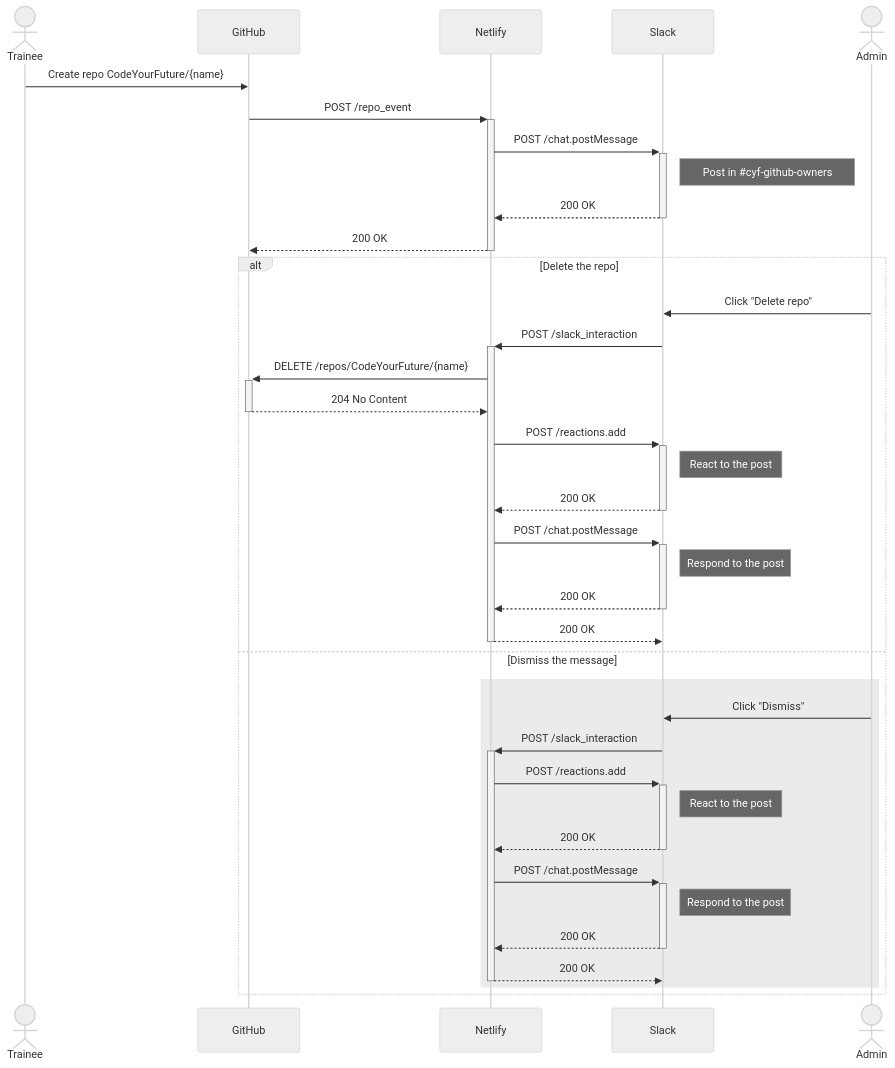
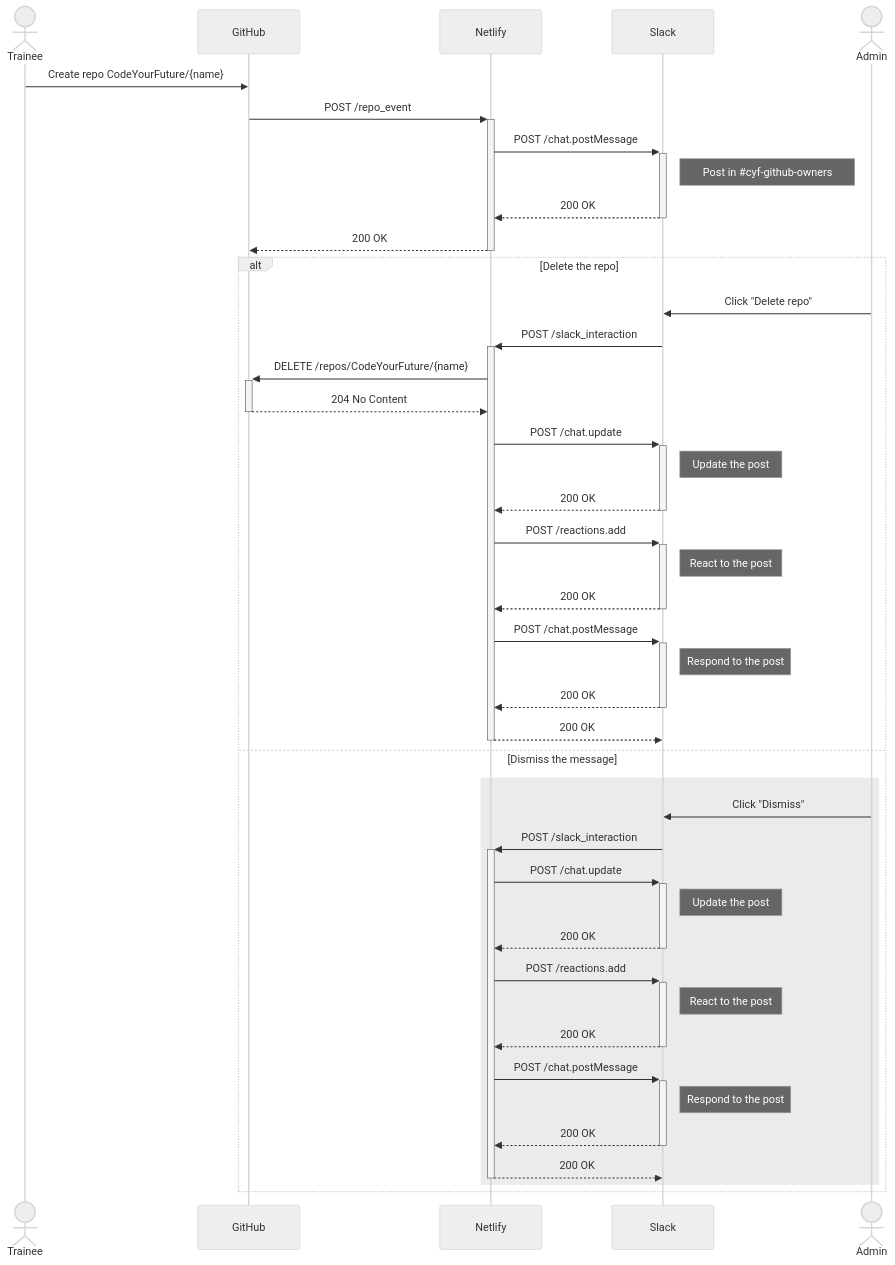
Before and after one commit to CodeYourFuture/gitbot: the diagram in README.md, drawn with Mermaid (neutral theme). The commit also changed 3 other files, not shown here.

````diff
--- a/README.md
+++ b/README.md
@@ -26,39 +26,45 @@
 ```mermaid
 sequenceDiagram
     actor Trainee
     participant GitHub
     participant Netlify
     participant Slack
     Trainee->>GitHub: Create repo CodeYourFuture/{name}
     GitHub->>+Netlify: POST /repo_event
     Netlify->>+Slack: POST /chat.postMessage
     Note right of Slack: Post in #35;cyf-github-owners
     Slack-->>-Netlify: 200 OK
     Netlify-->>-GitHub: 200 OK
     actor Admin
     alt Delete the repo
     Admin->>Slack: Click "Delete repo"
     Slack->>+Netlify: POST /slack_interaction
     Netlify->>+GitHub: DELETE /repos/CodeYourFuture/{name}
     GitHub-->>-Netlify: 204 No Content
+    Netlify->>+Slack: POST /chat.update
+    Note right of Slack: Update the post
+    Slack-->>-Netlify: 200 OK
     Netlify->>+Slack: POST /reactions.add
     Note right of Slack: React to the post
     Slack-->>-Netlify: 200 OK
     Netlify->>+Slack: POST /chat.postMessage
     Note right of Slack: Respond to the post
     Slack-->>-Netlify: 200 OK
     Netlify-->>-Slack: 200 OK
     else Dismiss the message
     rect rgb(235, 235, 235)
     Admin->>Slack: Click "Dismiss"
     Slack->>+Netlify: POST /slack_interaction
+    Netlify->>+Slack: POST /chat.update
+    Note right of Slack: Update the post
+    Slack-->>-Netlify: 200 OK
     Netlify->>+Slack: POST /reactions.add
     Note right of Slack: React to the post
     Slack-->>-Netlify: 200 OK
     Netlify->>+Slack: POST /chat.postMessage
     Note right of Slack: Respond to the post
     Slack-->>-Netlify: 200 OK
     Netlify-->>-Slack: 200 OK
     end
     end
 ```
````
